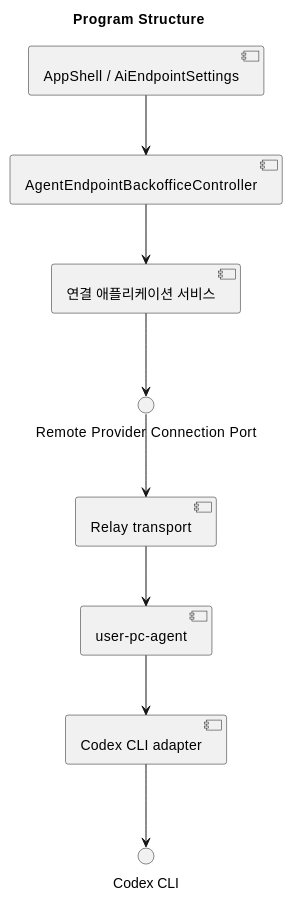
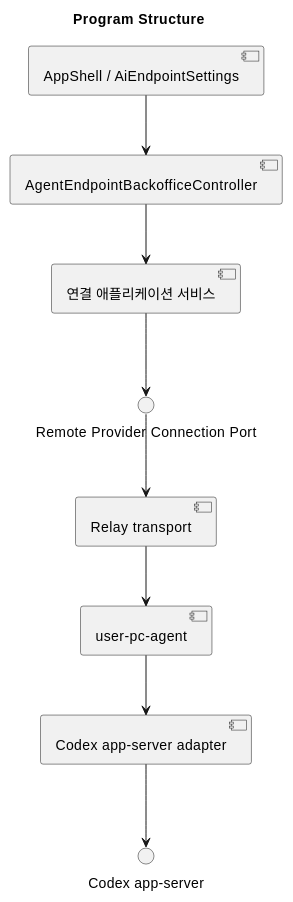
One commit to omegafrog/dnd-master changed the third of 8 diagrams in docs/specs/codex-cli-oauth/architecture-spec.md. Above: the diagram before and after it, drawn with PlantUML. The commit also changed other lines of this file and 5 other files, not shown here.

Commit message:
docs: align Codex OAuth plan with app-server

````diff
--- a/docs/specs/codex-cli-oauth/architecture-spec.md
+++ b/docs/specs/codex-cli-oauth/architecture-spec.md
@@ -233,19 +237,19 @@
 ```plantuml
 @startuml
 title Program Structure
 component "AppShell / AiEndpointSettings" as ui
 component "AgentEndpointBackofficeController" as controller
 component "연결 애플리케이션 서비스" as application
 interface "Remote Provider Connection Port" as connectionPort
 component "Relay transport" as relay
 component "user-pc-agent" as agent
-component "Codex CLI adapter" as adapter
+component "Codex app-server adapter" as adapter
 ui --> controller
 controller --> application
 application --> connectionPort
 connectionPort --> relay
 relay --> agent
 agent --> adapter
-adapter --> "Codex CLI"
+adapter --> "Codex app-server"
 @enduml
 ```
````
